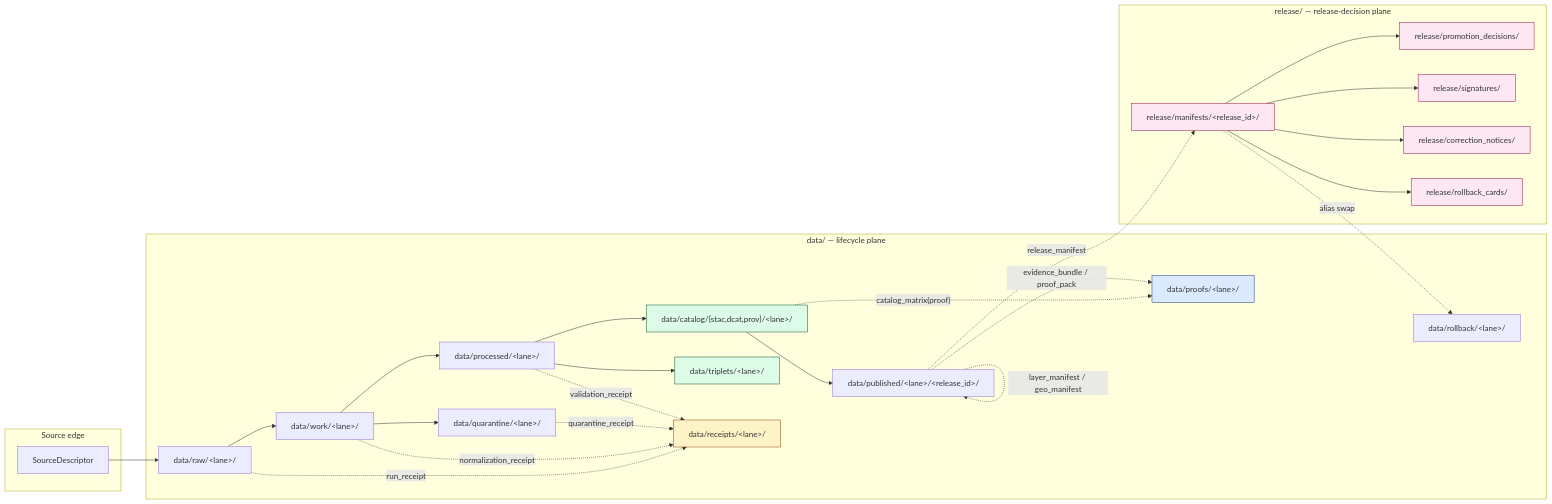
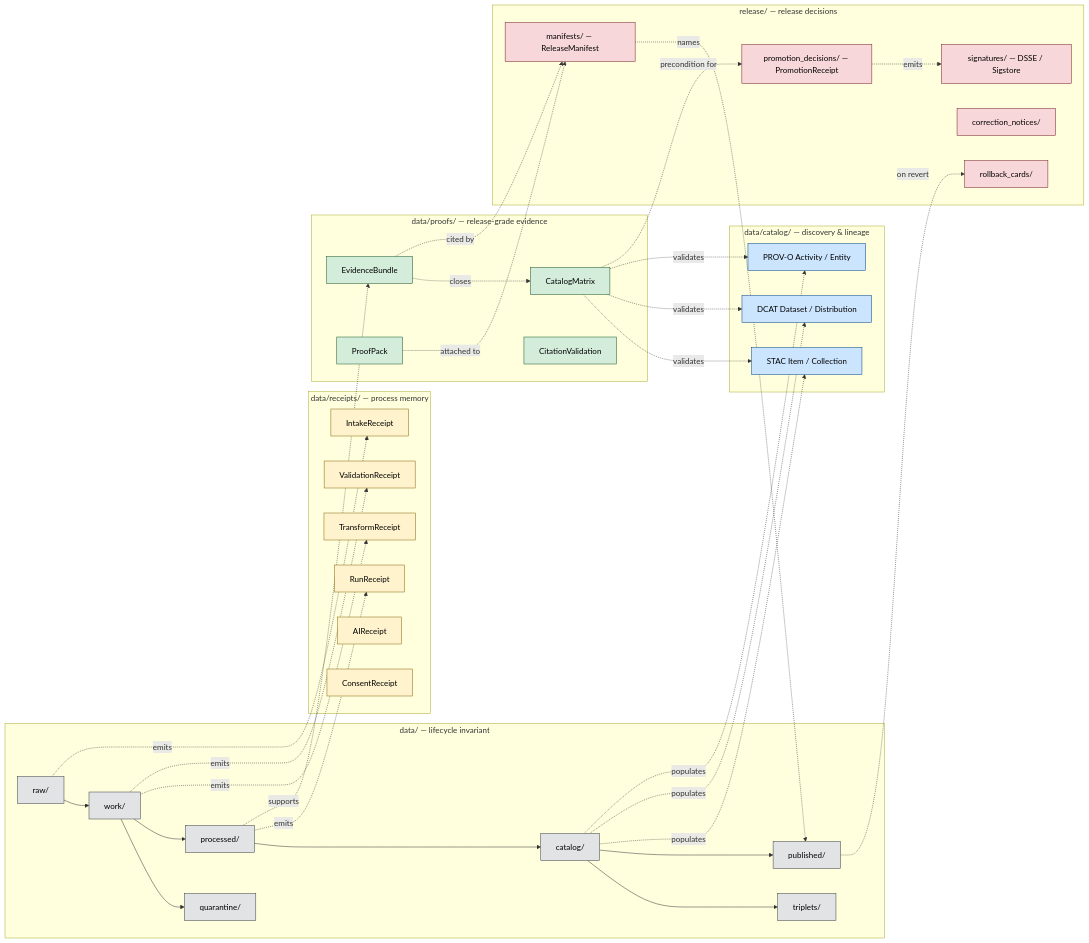
Before and after one commit to bartytime4life/Kansas-Frontier-Matrix: the diagram in docs/adr/ADR-0011-receipts-vs-proofs-vs-manifests-vs-catalog-separation.md, drawn with Mermaid. The commit also changed other lines of this file, not shown here.

````diff
--- a/docs/adr/ADR-0011-receipts-vs-proofs-vs-manifests-vs-catalog-separation.md
+++ b/docs/adr/ADR-0011-receipts-vs-proofs-vs-manifests-vs-catalog-separation.md
@@ -121,54 +157,72 @@
 ```mermaid
 flowchart LR
-  subgraph SRC["Source edge"]
-    SD[SourceDescriptor]
+  subgraph LIFECYCLE["data/ — lifecycle invariant"]
+    RAW["raw/"] --> WORK["work/"]
+    WORK --> QUAR["quarantine/"]
+    WORK --> PROC["processed/"]
+    PROC --> CAT["catalog/"]
+    CAT --> TRIP["triplets/"]
+    CAT --> PUB["published/"]
   end
 
-  subgraph DATA["data/ — lifecycle plane"]
-    RAW["data/raw/&lt;lane&gt;/"]
-    WORK["data/work/&lt;lane&gt;/"]
-    QUAR["data/quarantine/&lt;lane&gt;/"]
-    PROC["data/processed/&lt;lane&gt;/"]
-    CAT["data/catalog/{stac,dcat,prov}/&lt;lane&gt;/"]
-    TRIP["data/triplets/&lt;lane&gt;/"]
-    PUB["data/published/&lt;lane&gt;/&lt;release_id&gt;/"]
-    RCPT["data/receipts/&lt;lane&gt;/"]
-    PROOF["data/proofs/&lt;lane&gt;/"]
-    RB["data/rollback/&lt;lane&gt;/"]
+  subgraph RECEIPTS["data/receipts/ — process memory"]
+    RR["RunReceipt"]
+    IR["IntakeReceipt"]
+    TR["TransformReceipt"]
+    VR["ValidationReceipt"]
+    AR["AIReceipt"]
+    CR["ConsentReceipt"]
   end
 
-  subgraph REL["release/ — release-decision plane"]
-    MAN["release/manifests/&lt;release_id&gt;/"]
-    PROMO["release/promotion_decisions/"]
-    SIGN["release/signatures/"]
-    CN["release/correction_notices/"]
-    RC["release/rollback_cards/"]
+  subgraph PROOFS["data/proofs/ — release-grade evidence"]
+    EB["EvidenceBundle"]
+    PP["ProofPack"]
+    CM["CatalogMatrix"]
+    CV["CitationValidation"]
   end
 
-  SD --> RAW --> WORK --> PROC --> CAT --> PUB
-  WORK --> QUAR
-  PROC --> TRIP
+  subgraph CATALOG["data/catalog/ — discovery & lineage"]
+    STAC["STAC Item / Collection"]
+    DCAT["DCAT Dataset / Distribution"]
+    PROV["PROV-O Activity / Entity"]
+  end
 
-  RAW -.run_receipt.-> RCPT
-  WORK -.normalization_receipt.-> RCPT
-  QUAR -.quarantine_receipt.-> RCPT
-  PROC -.validation_receipt.-> RCPT
-  CAT -.catalog_matrix(proof).-> PROOF
-  PUB -.layer_manifest / geo_manifest.-> PUB
-  PUB -.evidence_bundle / proof_pack.-> PROOF
-  PUB -.release_manifest.-> MAN
-  MAN --> PROMO
-  MAN --> SIGN
-  MAN -.alias swap.-> RB
-  MAN --> CN
-  MAN --> RC
+  subgraph RELEASE["release/ — release decisions"]
+    RM["manifests/ — ReleaseManifest"]
+    PD["promotion_decisions/ — PromotionReceipt"]
+    RC["rollback_cards/"]
+    CN["correction_notices/"]
+    SIG["signatures/ — DSSE / Sigstore"]
+  end
 
-  classDef receipt fill:#fef3c7,stroke:#92400e;
-  classDef proof fill:#dbeafe,stroke:#1e3a8a;
-  classDef catalog fill:#dcfce7,stroke:#14532d;
-  classDef manifest fill:#fce7f3,stroke:#9d174d;
-  class RCPT receipt
-  class PROOF proof
-  class CAT,TRIP catalog
-  class MAN,PROMO,SIGN,CN,RC manifest
+  RAW -. emits .-> IR
+  WORK -. emits .-> TR
+  WORK -. emits .-> VR
+  PROC -. emits .-> RR
+  PROC -. supports .-> EB
+  EB -. closes .-> CM
+  CAT -. populates .-> STAC
+  CAT -. populates .-> DCAT
+  CAT -. populates .-> PROV
+  CM -. validates .-> STAC
+  CM -. validates .-> DCAT
+  CM -. validates .-> PROV
+  EB -. cited by .-> RM
+  PP -. attached to .-> RM
+  CM -. precondition for .-> PD
+  PD -. emits .-> SIG
+  RM -. names .-> PUB
+  PUB -. on revert .-> RC
+
+  classDef receipt fill:#fff3cd,stroke:#856404,color:#000
+  classDef proof fill:#d4edda,stroke:#155724,color:#000
+  classDef cat fill:#cce5ff,stroke:#004085,color:#000
+  classDef rel fill:#f8d7da,stroke:#721c24,color:#000
+  classDef lc fill:#e2e3e5,stroke:#383d41,color:#000
+
+  class RR,IR,TR,VR,AR,CR receipt
+  class EB,PP,CM,CV proof
+  class STAC,DCAT,PROV cat
+  class RM,PD,RC,CN,SIG rel
+  class RAW,WORK,QUAR,PROC,CAT,TRIP,PUB lc
 ```
````
